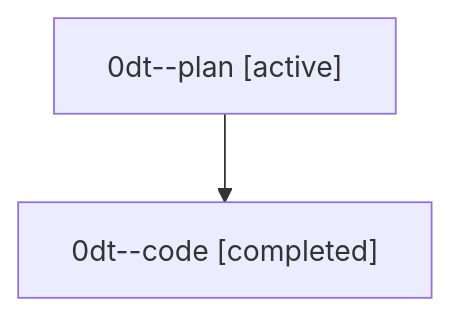
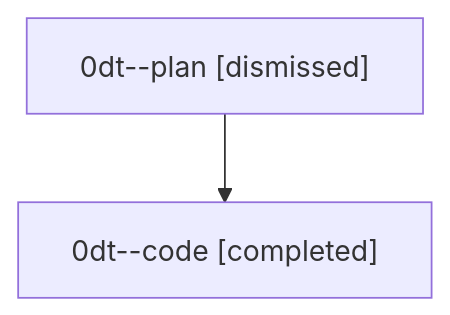
The diagram in sessions/bbugyi200.athena.0dt.md (sase-org/sase--agents), drawn with Mermaid before and after one commit. The commit also changed other lines of this file and 35 other files, not shown here.

````diff
--- a/sessions/bbugyi200.athena.0dt.md
+++ b/sessions/bbugyi200.athena.0dt.md
@@ -9,6 +9,6 @@
 ```mermaid
 flowchart TD
-  n0["0dt--plan [active]"]
+  n0["0dt--plan [dismissed]"]
   n1["0dt--code [completed]"]
   n0 --> n1
 ```
````
